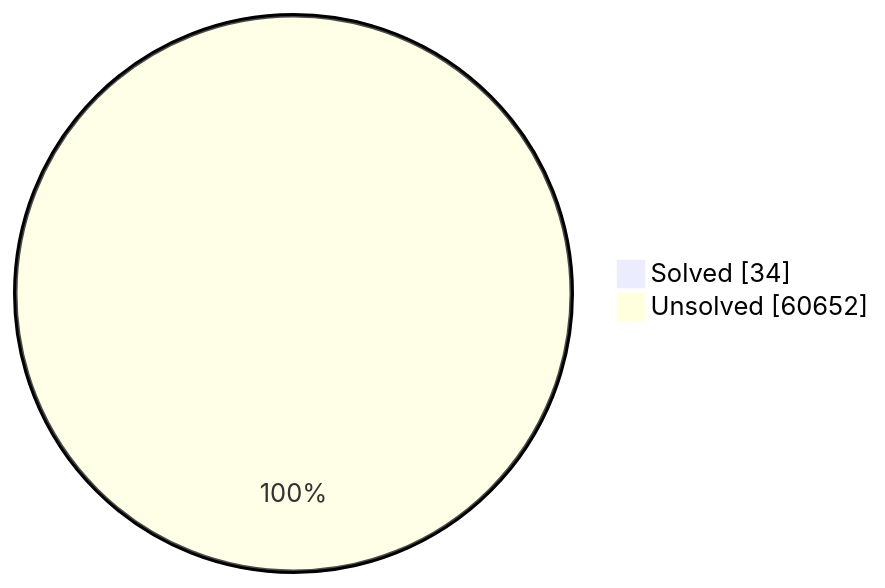
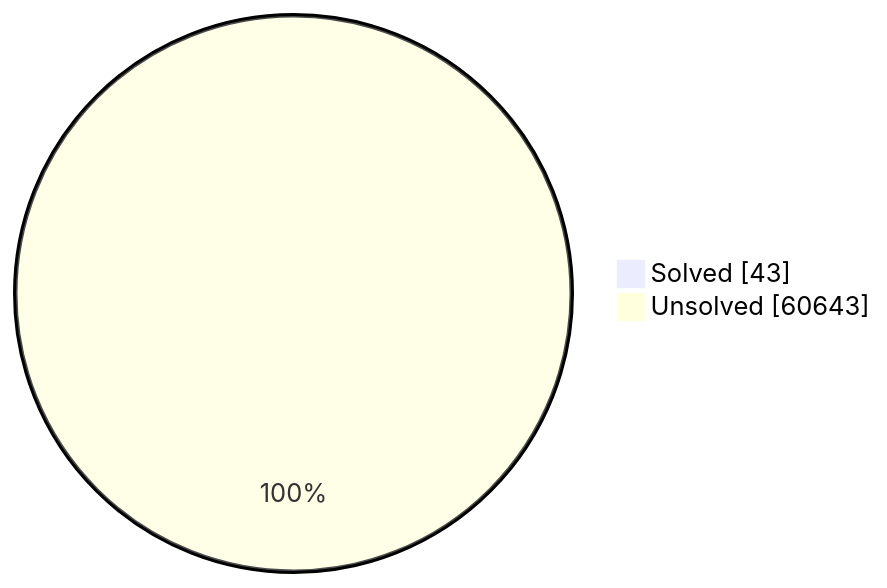
One commit to trintlermint/problem-sets changed the first of 2 diagrams in README.md. Above: the diagram before and after it, drawn with Mermaid. The commit also changed other lines of this file and 9 other files, not shown here.

````diff
--- a/README.md
+++ b/README.md
@@ -36,5 +36,5 @@
 ```mermaid
 pie showData
-    "Solved" : 34
-    "Unsolved" : 60652
+    "Solved" : 43
+    "Unsolved" : 60643
 ```
````
